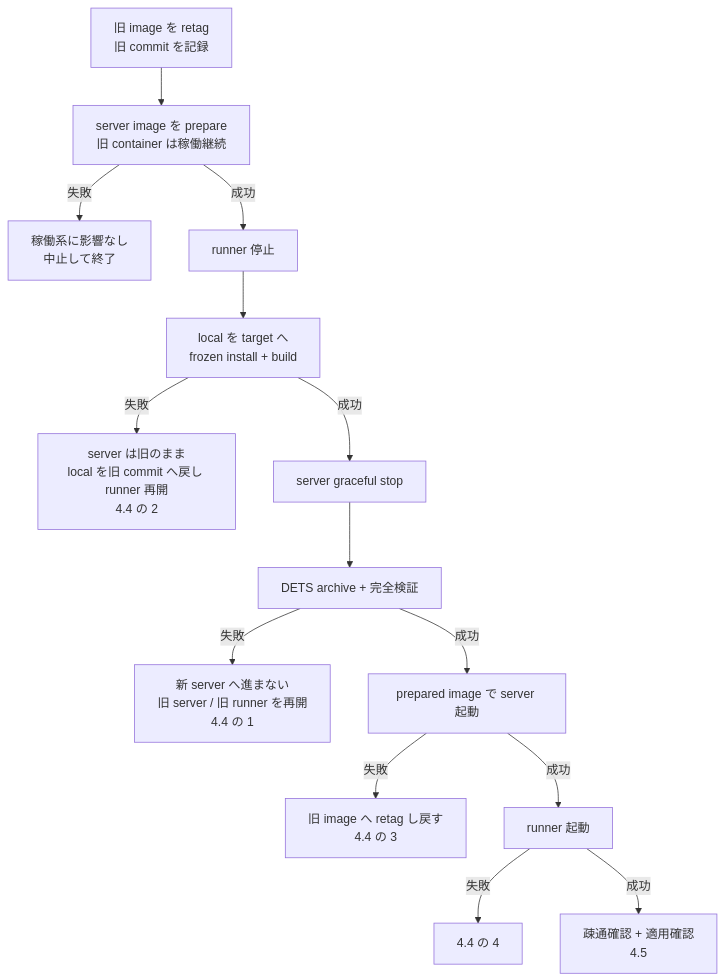
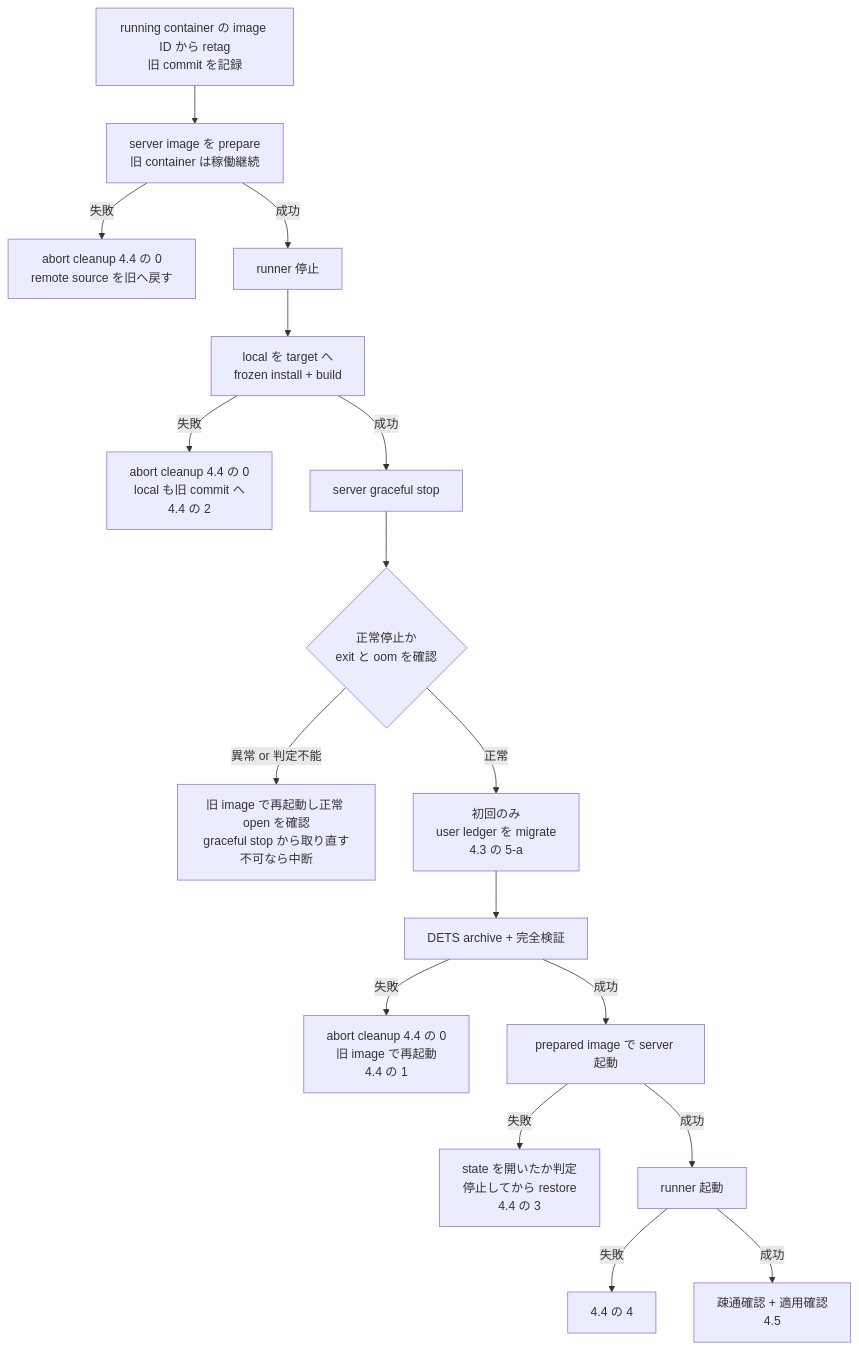
The second of 2 diagrams in docs/specs/deployment.md (sakuraiyuta/kaoiro), drawn with Mermaid before and after one commit. The commit also changed other lines of this file, not shown here.

````diff
--- a/docs/specs/deployment.md
+++ b/docs/specs/deployment.md
@@ -378,16 +378,19 @@
 ```mermaid
 flowchart TD
-  A[旧 image を retag<br/>旧 commit を記録] --> B[server image を prepare<br/>旧 container は稼働継続]
-  B -->|失敗| R0[稼働系に影響なし<br/>中止して終了]
+  A[running container の image ID から retag<br/>旧 commit を記録] --> B[server image を prepare<br/>旧 container は稼働継続]
+  B -->|失敗| R0[abort cleanup 4.4 の 0<br/>remote source を旧へ戻す]
   B -->|成功| C[runner 停止]
   C --> D[local を target へ<br/>frozen install + build]
-  D -->|失敗| R1[server は旧のまま<br/>local を旧 commit へ戻し runner 再開<br/>4.4 の 2]
+  D -->|失敗| R1[abort cleanup 4.4 の 0<br/>local も旧 commit へ<br/>4.4 の 2]
   D -->|成功| E[server graceful stop]
-  E --> F[DETS archive + 完全検証]
-  F -->|失敗| R2[新 server へ進まない<br/>旧 server / 旧 runner を再開<br/>4.4 の 1]
+  E --> S{正常停止か<br/>exit と oom を確認}
+  S -->|異常 or 判定不能| R5[旧 image で再起動し正常 open を確認<br/>graceful stop から取り直す<br/>不可なら中断]
+  S -->|正常| M[初回のみ<br/>user ledger を migrate<br/>4.3 の 5-a]
+  M --> F[DETS archive + 完全検証]
+  F -->|失敗| R2[abort cleanup 4.4 の 0<br/>旧 image で再起動<br/>4.4 の 1]
   F -->|成功| G[prepared image で server 起動]
-  G -->|失敗| R3[旧 image へ retag し戻す<br/>4.4 の 3]
+  G -->|失敗| R3[state を開いたか判定<br/>停止してから restore<br/>4.4 の 3]
   G -->|成功| H[runner 起動]
   H -->|失敗| R4[4.4 の 4]
   H -->|成功| I[疎通確認 + 適用確認<br/>4.5]
 ```
````
